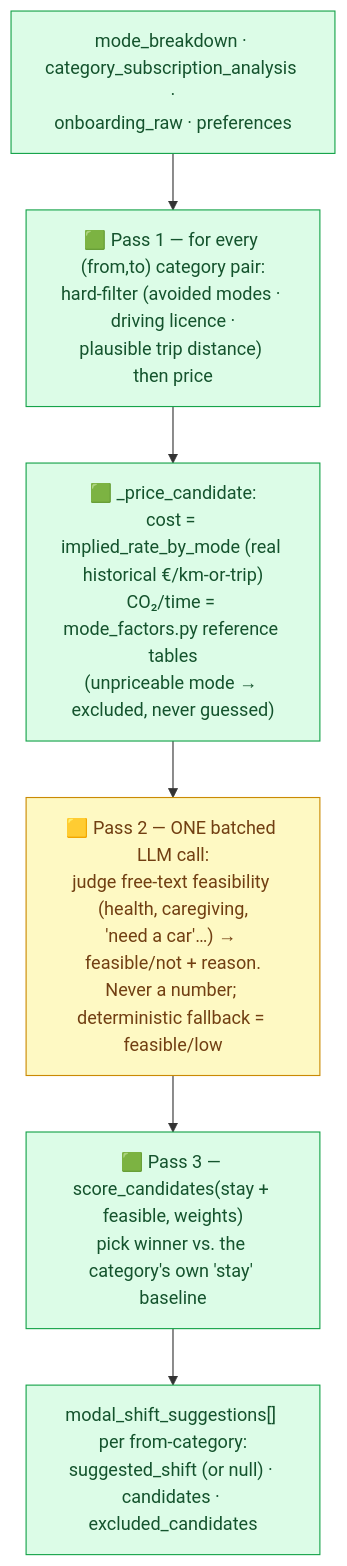
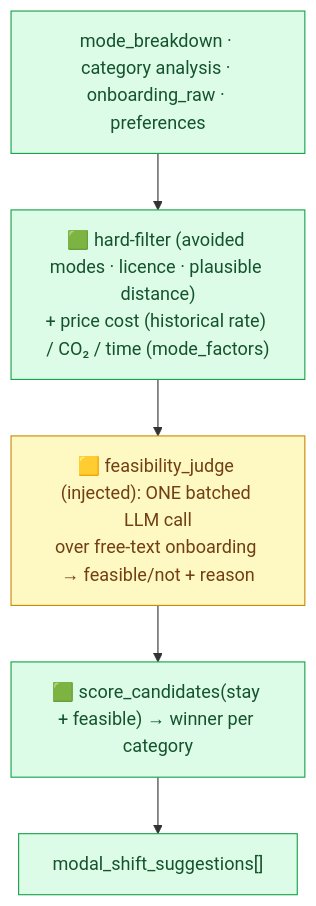
Before and after one commit to tjorgeo/AIIM_DB_mobility_advisior: the fifth of 13 diagrams in DELIVERABLES/BACKEND_ARCHITECTURE_REPORT.md, drawn with Mermaid. The commit also changed other lines of this file and 2 other files, not shown here.

First line of the commit message:
Refactor test mode factors to dynamically locate gen_personas.py

````diff
--- a/DELIVERABLES/BACKEND_ARCHITECTURE_REPORT.md
+++ b/DELIVERABLES/BACKEND_ARCHITECTURE_REPORT.md
@@ -274,13 +218,11 @@
 ```mermaid
 flowchart TD
-    IN["mode_breakdown · category_subscription_analysis ·<br/>onboarding_raw · preferences"] --> P1["🟩 Pass 1 — for every (from,to) category pair:<br/>hard-filter (avoided modes · driving licence ·<br/>plausible trip distance) then price"]
-    P1 --> PRICE["🟩 _price_candidate:<br/>cost = implied_rate_by_mode (real historical €/km-or-trip)<br/>CO₂/time = mode_factors.py reference tables<br/>(unpriceable mode → excluded, never guessed)"]
-    PRICE --> P2["🟨 Pass 2 — ONE batched LLM call:<br/>judge free-text feasibility (health, caregiving,<br/>'need a car'…) → feasible/not + reason.<br/>Never a number; deterministic fallback = feasible/low"]
-    P2 --> P3["🟩 Pass 3 — score_candidates(stay + feasible, weights)<br/>pick winner vs. the category's own 'stay' baseline"]
-    P3 --> OUT["modal_shift_suggestions[] per from-category:<br/>suggested_shift (or null) · candidates · excluded_candidates"]
-
+    IN["mode_breakdown · category analysis · onboarding_raw · preferences"] --> P1["🟩 hard-filter (avoided modes · licence · plausible distance)<br/>+ price cost (historical rate) / CO₂ / time (mode_factors)"]
+    P1 --> P2["🟨 feasibility_judge (injected): ONE batched LLM call<br/>over free-text onboarding → feasible/not + reason"]
+    P2 --> P3["🟩 score_candidates(stay + feasible) → winner per category"]
+    P3 --> OUT["modal_shift_suggestions[]"]
     classDef det fill:#dcfce7,stroke:#16a34a,color:#14532d;
     classDef llm fill:#fef9c3,stroke:#ca8a04,color:#713f12;
-    class IN,P1,PRICE,P3,OUT det;
+    class IN,P1,P3,OUT det;
     class P2 llm;
 ```
````
